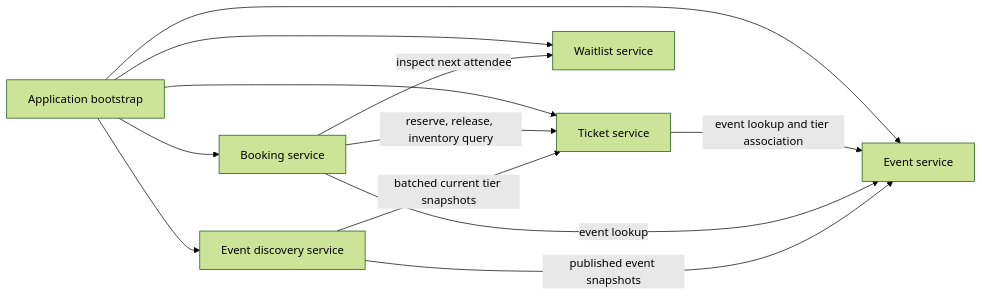
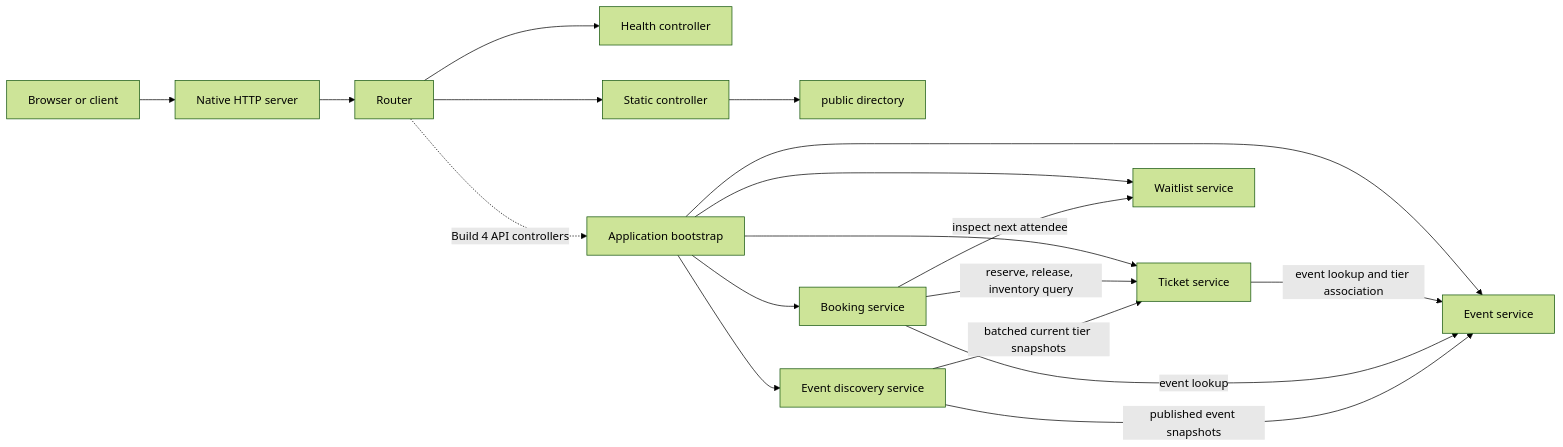
Before and after one commit to samsonjoy025-a11y/event-ticket-booking--das-2026-capstone-project: the diagram in docs/architecture.md, drawn with Mermaid (forest theme). The commit also changed other lines of this file and 18 other files, not shown here.

Commit message:
Build 3: add booking state machine and server foundation

````diff
--- a/docs/architecture.md
+++ b/docs/architecture.md
@@ -5,14 +5,20 @@
 ```mermaid
 flowchart LR
-  Bootstrap[Application bootstrap] --> Events[Event service]
+  Client[Browser or client] --> Http[Native HTTP server]
+  Http --> Router[Router]
+  Router --> Health[Health controller]
+  Router --> Static[Static controller]
+  Static --> Public[public directory]
+  Router -. Build 4 API controllers .-> Bootstrap[Application bootstrap]
+  Bootstrap --> Events[Event service]
   Bootstrap --> Tickets[Ticket service]
   Bootstrap --> Bookings[Booking service]
   Bootstrap --> Waitlists[Waitlist service]
   Bootstrap --> Discovery[Event discovery service]
   Tickets -->|event lookup and tier association| Events
   Bookings -->|event lookup| Events
   Bookings -->|reserve, release, inventory query| Tickets
   Bookings -->|inspect next attendee| Waitlists
   Discovery -->|published event snapshots| Events
   Discovery -->|batched current tier snapshots| Tickets
 ```
````
